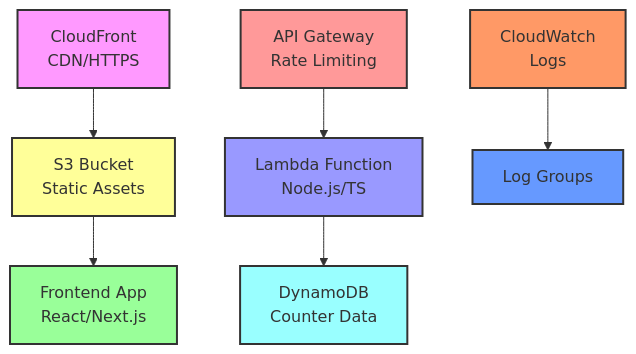
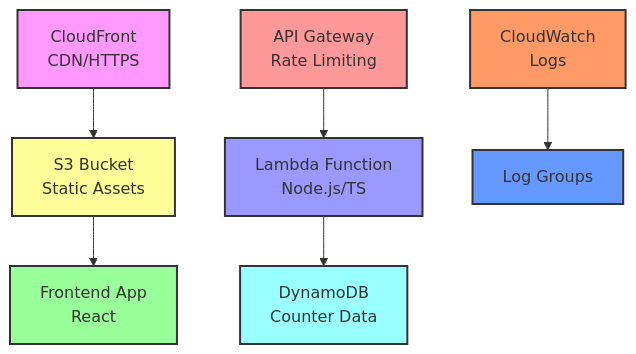
One commit to vl4dimir-ch/num-acidizer changed the first of 3 diagrams in infrastructure/README.md. Above: the diagram before and after it, drawn with Mermaid. The commit also changed other lines of this file, not shown here.

````diff
--- a/infrastructure/README.md
+++ b/infrastructure/README.md
@@ -19,19 +19,19 @@
 ```mermaid
 graph TB
     CF[CloudFront<br/>CDN/HTTPS] --> S3[S3 Bucket<br/>Static Assets]
-    S3 --> FE[Frontend App<br/>React/Next.js]
+    S3 --> FE[Frontend App<br/>React]
     
     AG[API Gateway<br/>Rate Limiting] --> LF[Lambda Function<br/>Node.js/TS]
     LF --> DB[DynamoDB<br/>Counter Data]
     
     CW[CloudWatch<br/>Logs] --> LG[Log Groups]
     
     style CF fill:#f9f,stroke:#333,stroke-width:2px
     style S3 fill:#ff9,stroke:#333,stroke-width:2px
     style FE fill:#9f9,stroke:#333,stroke-width:2px
     style AG fill:#f99,stroke:#333,stroke-width:2px
     style LF fill:#99f,stroke:#333,stroke-width:2px
     style DB fill:#9ff,stroke:#333,stroke-width:2px
     style CW fill:#f96,stroke:#333,stroke-width:2px
     style LG fill:#69f,stroke:#333,stroke-width:2px
 ```
````
